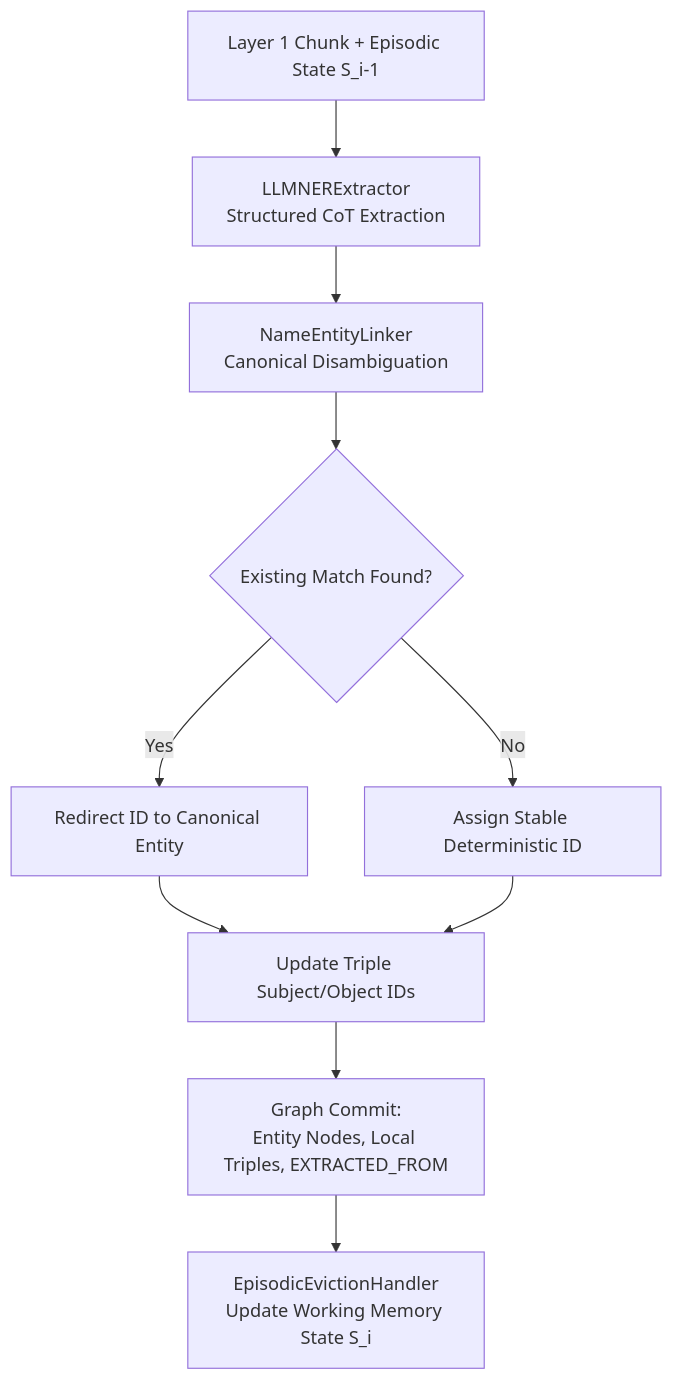
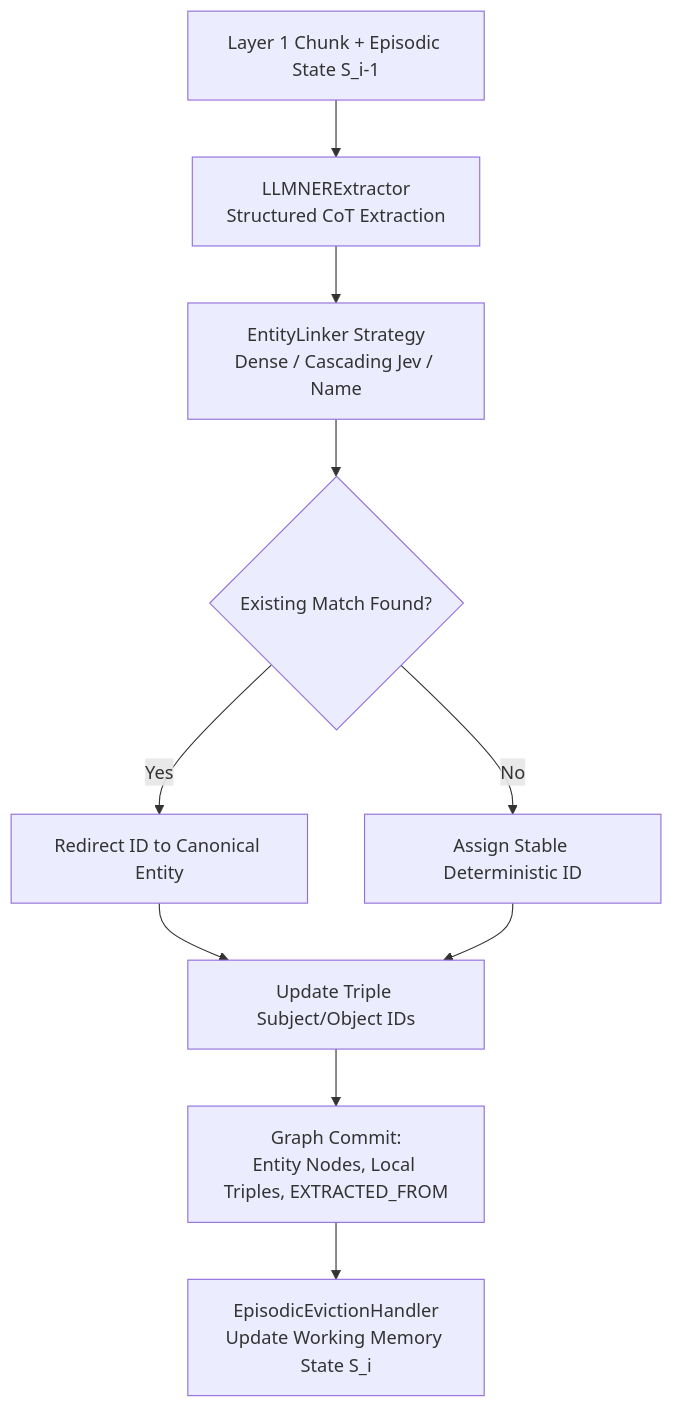
Before and after one commit to maxoem/EpistemeX: the diagram in docs/workflow/2_entity_discovery/index.md, drawn with Mermaid. The commit also changed other lines of this file and 15 other files, not shown here.

Commit message:
add(docs): adding workflow and architectural issues

````diff
--- a/docs/workflow/2_entity_discovery/index.md
+++ b/docs/workflow/2_entity_discovery/index.md
@@ -65,12 +67,12 @@
 ```mermaid
 flowchart TD
     A[Layer 1 Chunk + Episodic State S_i-1] --> B[LLMNERExtractor<br>Structured CoT Extraction]
-    B --> C[NameEntityLinker<br>Canonical Disambiguation]
+    B --> C[EntityLinker Strategy<br>Dense / Cascading Jev / Name]
     C --> D{Existing Match Found?}
     D -->|Yes| E[Redirect ID to Canonical Entity]
     D -->|No| F[Assign Stable Deterministic ID]
     E --> G[Update Triple Subject/Object IDs]
     F --> G
     G --> H[Graph Commit:<br>Entity Nodes, Local Triples, EXTRACTED_FROM]
     H --> I[EpisodicEvictionHandler<br>Update Working Memory State S_i]
 ```
````
